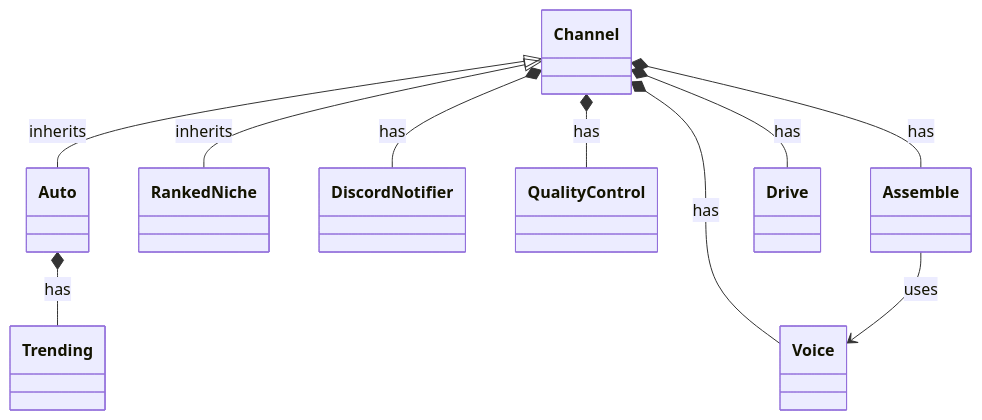
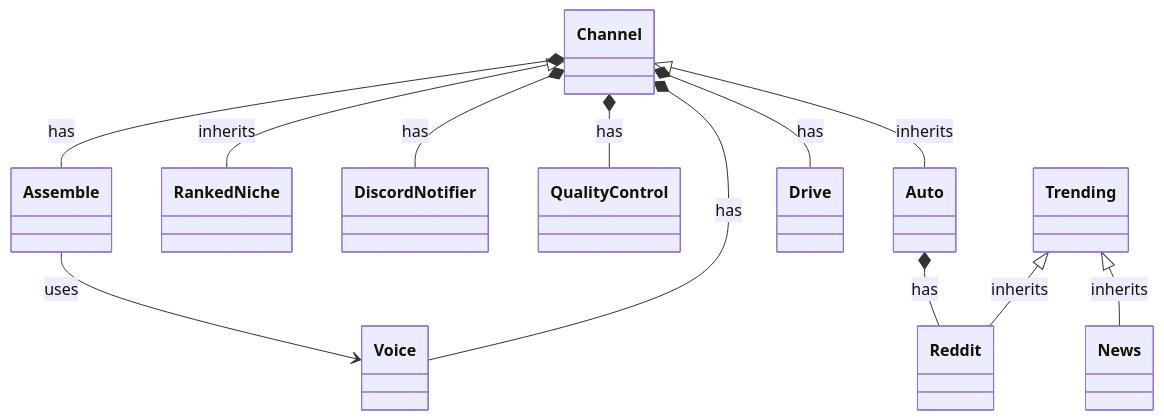
One commit to justTej100/auto-tube changed the diagram in README.md. Above: the diagram before and after it, drawn with Mermaid. The commit also changed other lines of this file and 4 other files, not shown here.

````diff
--- a/README.md
+++ b/README.md
@@ -16,24 +16,28 @@
 ```mermaid
 classDiagram
   direction TB
 
   class Channel
   class Auto
   class RankedNiche
   class DiscordNotifier
   class QualityControl
   class Voice
   class Assemble
   class Drive
   class Trending
+  class Reddit
+  class News
 
   Channel <|-- Auto : inherits
   Channel <|-- RankedNiche : inherits
+  Trending <|-- Reddit : inherits
+  Trending <|-- News : inherits
   Channel *-- DiscordNotifier : has
   Channel *-- QualityControl : has
   Channel *-- Voice : has
   Channel *-- Assemble : has
   Channel *-- Drive : has
-  Auto *-- Trending : has
+  Auto *-- Reddit : has
   Assemble --> Voice : uses
 ```
````
